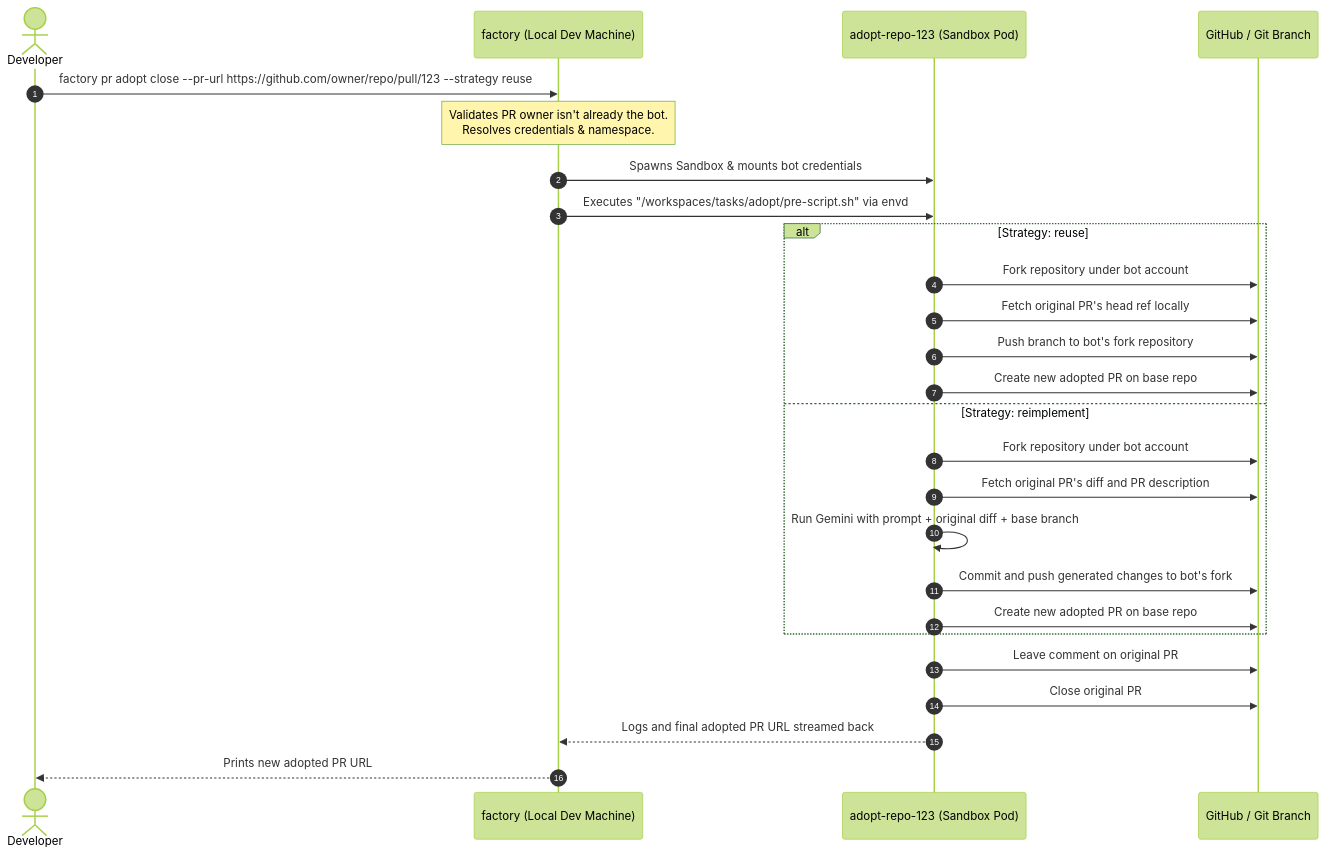
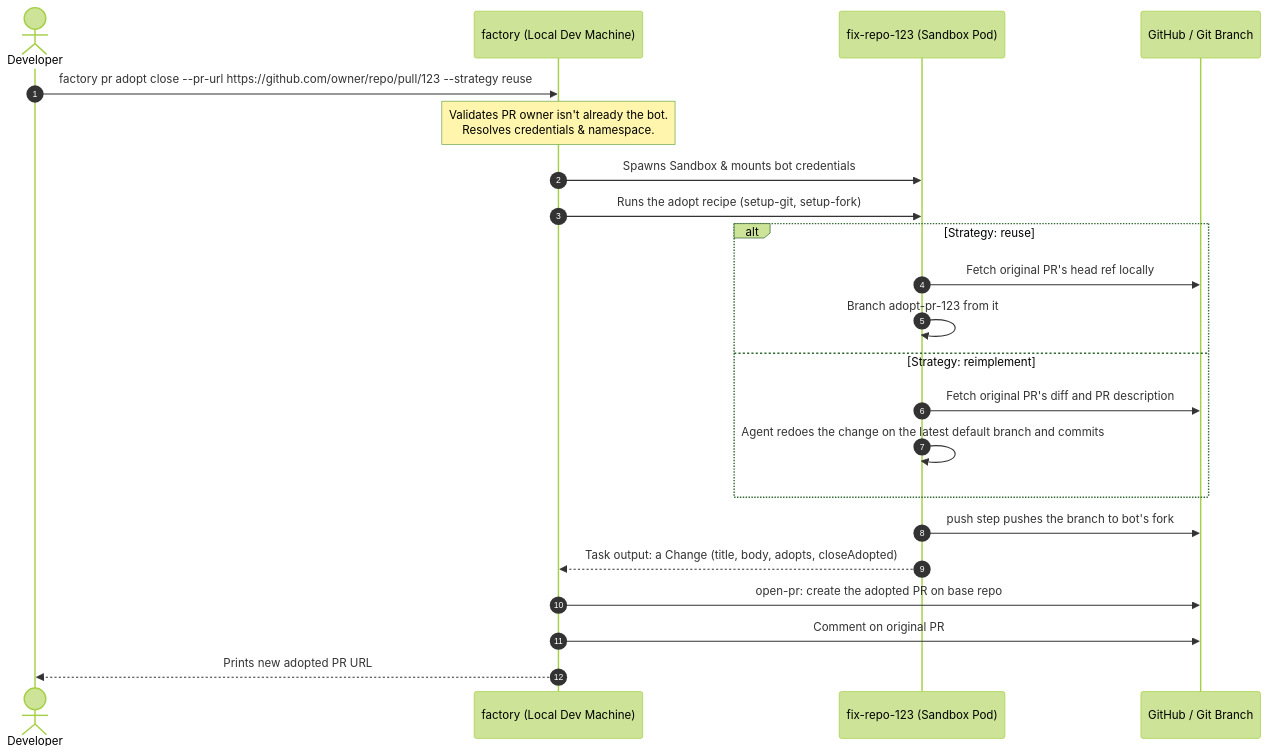
One commit to gke-labs/gemini-for-kubernetes-development changed the diagram in factory/design/pr-adopt.md. Above: the diagram before and after it, drawn with Mermaid (forest theme). The commit also changed other lines of this file and 31 other files, not shown here.

````diff
--- a/factory/design/pr-adopt.md
+++ b/factory/design/pr-adopt.md
@@ -31,31 +33,27 @@
 ```mermaid
 sequenceDiagram
     autonumber
     actor Developer
     participant Host as factory (Local Dev Machine)
-    participant Sandbox as adopt-repo-123 (Sandbox Pod)
+    participant Sandbox as fix-repo-123 (Sandbox Pod)
     participant Git as GitHub / Git Branch
 
     Developer->>Host: factory pr adopt close --pr-url https://github.com/owner/repo/pull/123 --strategy reuse
     Note over Host: Validates PR owner isn't already the bot.<br/>Resolves credentials & namespace.
     Host->>Sandbox: Spawns Sandbox & mounts bot credentials
-    Host->>Sandbox: Executes "/workspaces/tasks/adopt/pre-script.sh" via envd
+    Host->>Sandbox: Runs the adopt recipe (setup-git, setup-fork)
     
     alt Strategy: reuse
-        Sandbox->>Git: Fork repository under bot account
         Sandbox->>Git: Fetch original PR's head ref locally
-        Sandbox->>Git: Push branch to bot's fork repository
-        Sandbox->>Git: Create new adopted PR on base repo
+        Sandbox->>Sandbox: Branch adopt-pr-123 from it
     else Strategy: reimplement
-        Sandbox->>Git: Fork repository under bot account
         Sandbox->>Git: Fetch original PR's diff and PR description
-        Sandbox->>Sandbox: Run Gemini with prompt + original diff + base branch
-        Sandbox->>Git: Commit and push generated changes to bot's fork
-        Sandbox->>Git: Create new adopted PR on base repo
+        Sandbox->>Sandbox: Agent redoes the change on the latest default branch and commits
     end
     
-    Sandbox->>Git: Leave comment on original PR #123
-    Sandbox->>Git: Close original PR #123 (since "close" was specified)
-    Sandbox-->>Host: Logs and final adopted PR URL streamed back
+    Sandbox->>Git: push step pushes the branch to bot's fork
+    Sandbox-->>Host: Task output: a Change (title, body, adopts, closeAdopted)
+    Host->>Git: open-pr: create the adopted PR on base repo
+    Host->>Git: Comment on original PR #123 (and close it, with "close")
     Host-->>Developer: Prints new adopted PR URL
 ```
````
